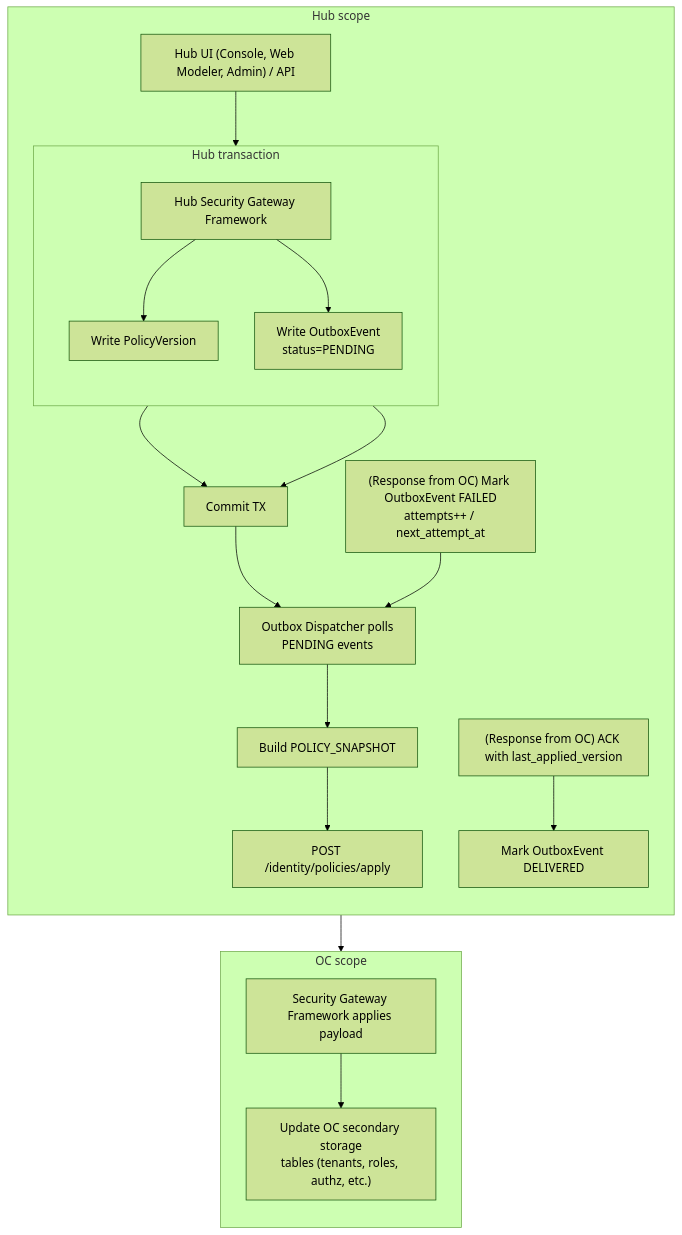
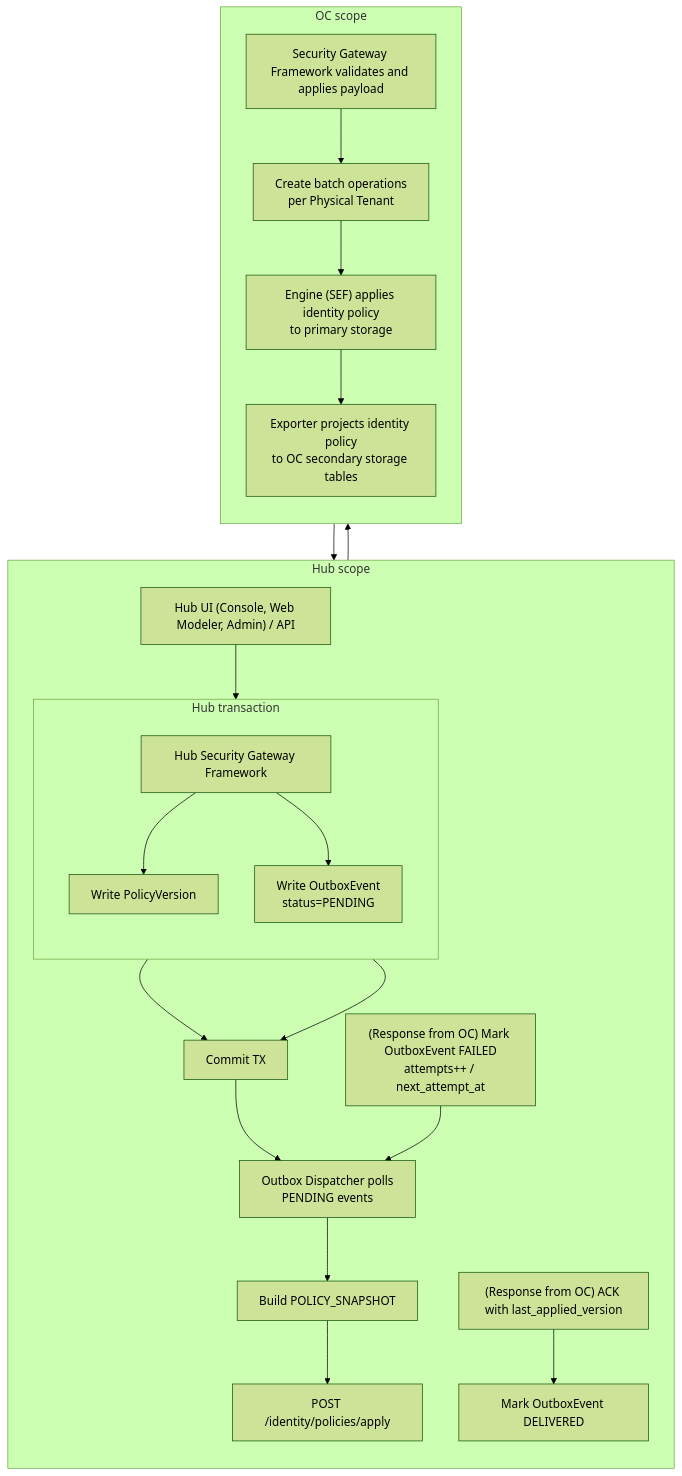
Before and after one commit to camunda/camunda-security-library: the eighth of 22 diagrams in docs/architecture_docs.md, drawn with Mermaid (forest theme). The commit also changed other lines of this file and 1 other file, not shown here.

First line of the commit message:
docs: Added unified identity architecture slides

````diff
--- a/docs/architecture_docs.md
+++ b/docs/architecture_docs.md
@@ -747,30 +747,35 @@
 ```mermaid
 flowchart TB
   subgraph HUB["Hub scope"]
     direction TB
     HubUi["Hub UI (Console, Web Modeler, Admin) / API"] --> HubSvc["Hub Security Gateway Framework"]
 
     subgraph HubTx["Hub transaction"]
       direction TB
       HubSvc --> WritePolicy["Write PolicyVersion"]
       HubSvc --> WriteOutbox["Write OutboxEvent</br>status=PENDING"]
     end
 
     WritePolicy & WriteOutbox --> Commit["Commit TX"]
     Commit --> Poll["Outbox Dispatcher polls</br>PENDING events"]
     Poll --> Snapshot["Build POLICY_SNAPSHOT"]
     Snapshot --> Send["POST /identity/policies/apply"]
     Ack["(Response from OC) ACK with last_applied_version"] --> Delivered["Mark OutboxEvent DELIVERED"]
     Failed["(Response from OC) Mark OutboxEvent FAILED</br>attempts++ / next_attempt_at"] --> Poll
   end
 
   subgraph OC_SCOPE["OC scope"]
     direction TB
-    OCApply["Security Gateway Framework applies payload"]
-    UpdateStorage["Update OC secondary storage</br>tables (tenants, roles, authz, etc.)"]
+    OCApply["Security Gateway Framework validates and applies payload"]
+    BatchOps["Create batch operations</br>per Physical Tenant"]
+    EnginePrimary["Engine (SEF) applies identity policy</br>to primary storage"]
+    Exporter["Exporter projects identity policy</br>to OC secondary storage tables"]
 
-    OCApply --> UpdateStorage
+    OCApply --> BatchOps
+    BatchOps --> EnginePrimary
+    EnginePrimary --> Exporter
   end
 
   Send --> OCApply
+  Exporter --> Ack
 ```
````
